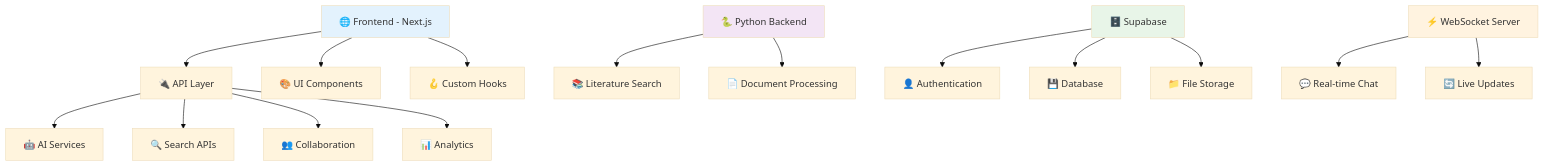
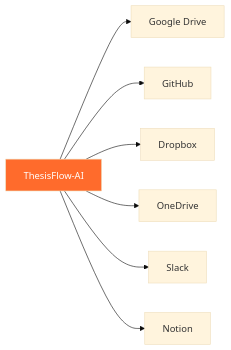
The fourth of 6 diagrams in README.md (Kedhareswer/thesisflow-ai), drawn with Mermaid (base theme) before and after one commit. The commit also changed other lines of this file and 1 other file, not shown here.

````diff
--- a/README.md
+++ b/README.md
@@ -826,26 +154,11 @@
 ```mermaid
-graph TD
-    A[🌐 Frontend - Next.js] --> B[🔌 API Layer]
-    A --> C[🎨 UI Components]
-    A --> D[🪝 Custom Hooks]
+graph LR
+    A[ThesisFlow-AI] --> B[Google Drive]
+    A --> C[GitHub]
+    A --> D[Dropbox]
+    A --> E[OneDrive]
+    A --> F[Slack]
+    A --> G[Notion]
     
-    B --> E[🤖 AI Services]
-    B --> F[🔍 Search APIs]
-    B --> G[👥 Collaboration]
-    B --> H[📊 Analytics]
-    
-    I[🐍 Python Backend] --> J[📚 Literature Search]
-    I --> K[📄 Document Processing]
-    
-    L[🗄️ Supabase] --> M[👤 Authentication]
-    L --> N[💾 Database]
-    L --> O[📁 File Storage]
-    
-    P[⚡ WebSocket Server] --> Q[💬 Real-time Chat]
-    P --> R[🔄 Live Updates]
-    
-    style A fill:#e3f2fd
-    style I fill:#f3e5f5
-    style L fill:#e8f5e8
-    style P fill:#fff3e0
+    style A fill:#FF6B2C,color:#fff
 ```
````
